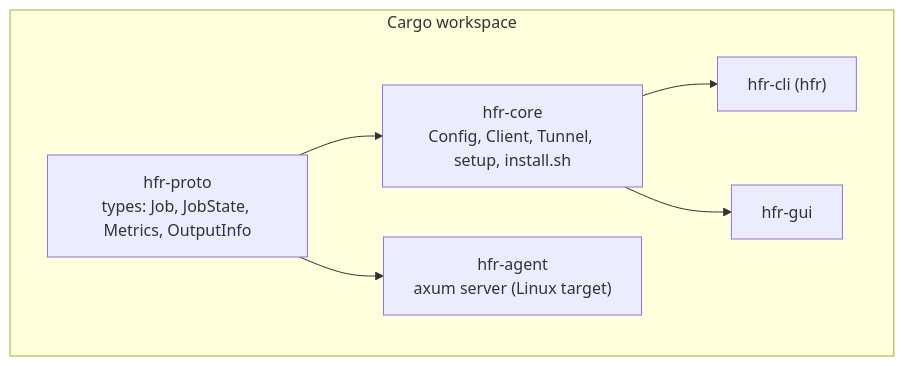
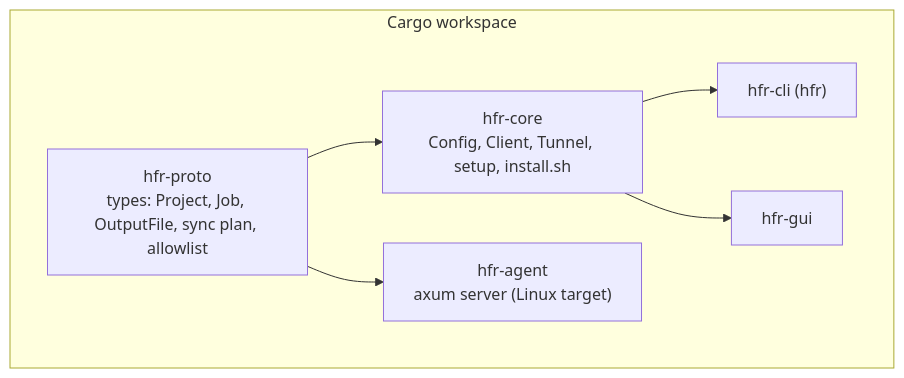
Before and after one commit to SairamVemula/hfr: the first of 2 diagrams in docs/architecture.md, drawn with Mermaid. The commit also changed other lines of this file and 59 other files, not shown here.

````diff
--- a/docs/architecture.md
+++ b/docs/architecture.md
@@ -5,14 +5,14 @@
 ```mermaid
 flowchart TB
   subgraph workspace["Cargo workspace"]
-    proto["hfr-proto<br/>types: Job, JobState, Metrics, OutputInfo"]
+    proto["hfr-proto<br/>types: Project, Job, OutputFile, sync plan, allowlist"]
     core["hfr-core<br/>Config, Client, Tunnel, setup, install.sh"]
     cli["hfr-cli (hfr)"]
     gui["hfr-gui"]
     agent["hfr-agent<br/>axum server (Linux target)"]
   end
   proto --> core
   proto --> agent
   core --> cli
   core --> gui
 ```
````
